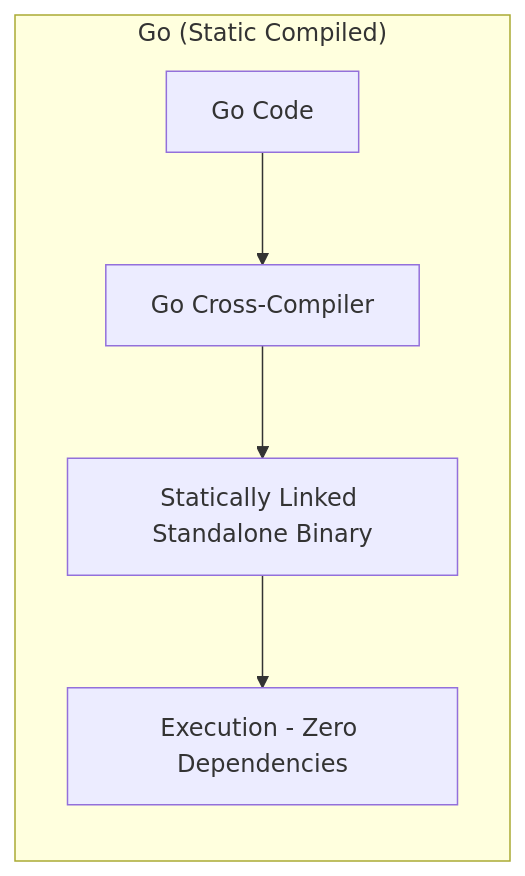
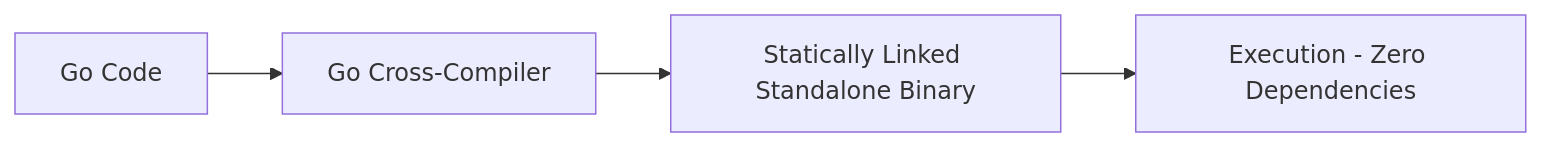
Before and after one commit to yusufarbc/yusufarbc: the third of 4 diagrams in website/content/golang-for-hackers/en.md, drawn with Mermaid. The commit also changed other lines of this file and 1 other file, not shown here.

````diff
--- a/website/content/golang-for-hackers/en.md
+++ b/website/content/golang-for-hackers/en.md
@@ -150,8 +152,6 @@
 ```mermaid
 graph LR
-    subgraph "Go (Static Compiled)"
-        G_Source[Go Code] --> G_Compiler[Go Cross-Compiler]
-        G_Compiler --> G_Binary[Statically Linked Standalone Binary]
-        G_Binary --> G_Execution[Execution - Zero Dependencies]
-    end
+    G_Source[Go Code] --> G_Compiler[Go Cross-Compiler]
+    G_Compiler --> G_Binary[Statically Linked Standalone Binary]
+    G_Binary --> G_Execution[Execution - Zero Dependencies]
 ```
````
